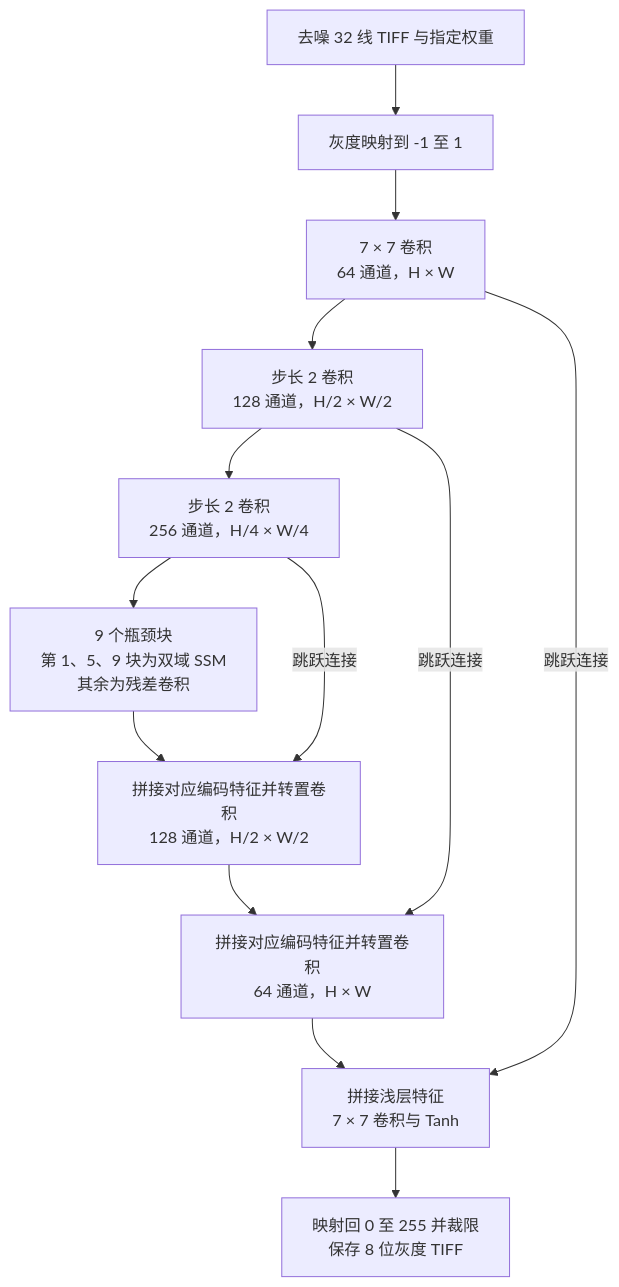
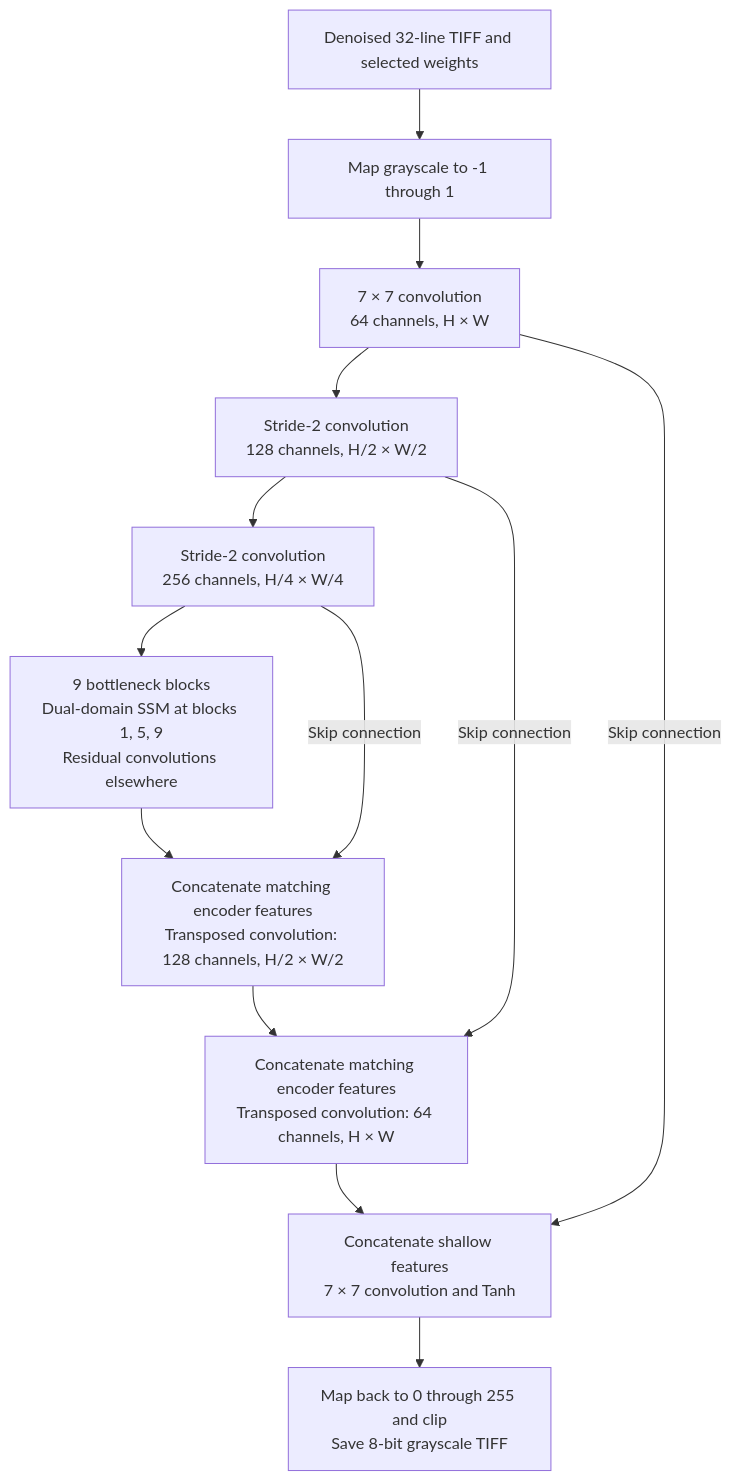
Before and after one commit to LumaVistaLab/hevc-ksvd-mamba-for-ultrasound: the sixth of 7 diagrams in README.md, drawn with Mermaid. The commit also changed other lines of this file and 3 other files, not shown here.

````diff
--- a/README.md
+++ b/README.md
@@ -501,15 +538,15 @@
 ```mermaid
 flowchart TD
-    Input["去噪 32 线 TIFF 与指定权重"] --> Normalize["灰度映射到 -1 至 1"]
-    Normalize --> E1["7 × 7 卷积<br/>64 通道，H × W"]
-    E1 --> E2["步长 2 卷积<br/>128 通道，H/2 × W/2"]
-    E2 --> E3["步长 2 卷积<br/>256 通道，H/4 × W/4"]
-    E3 --> Bottleneck["9 个瓶颈块<br/>第 1、5、9 块为双域 SSM<br/>其余为残差卷积"]
-    Bottleneck --> D1["拼接对应编码特征并转置卷积<br/>128 通道，H/2 × W/2"]
-    E3 -->|跳跃连接| D1
-    D1 --> D2["拼接对应编码特征并转置卷积<br/>64 通道，H × W"]
-    E2 -->|跳跃连接| D2
-    D2 --> Head["拼接浅层特征<br/>7 × 7 卷积与 Tanh"]
-    E1 -->|跳跃连接| Head
-    Head --> Save["映射回 0 至 255 并裁限<br/>保存 8 位灰度 TIFF"]
+    Input["Denoised 32-line TIFF and selected weights"] --> Normalize["Map grayscale to -1 through 1"]
+    Normalize --> E1["7 × 7 convolution<br/>64 channels, H × W"]
+    E1 --> E2["Stride-2 convolution<br/>128 channels, H/2 × W/2"]
+    E2 --> E3["Stride-2 convolution<br/>256 channels, H/4 × W/4"]
+    E3 --> Bottleneck["9 bottleneck blocks<br/>Dual-domain SSM at blocks 1, 5, 9<br/>Residual convolutions elsewhere"]
+    Bottleneck --> D1["Concatenate matching encoder features<br/>Transposed convolution: 128 channels, H/2 × W/2"]
+    E3 -->|Skip connection| D1
+    D1 --> D2["Concatenate matching encoder features<br/>Transposed convolution: 64 channels, H × W"]
+    E2 -->|Skip connection| D2
+    D2 --> Head["Concatenate shallow features<br/>7 × 7 convolution and Tanh"]
+    E1 -->|Skip connection| Head
+    Head --> Save["Map back to 0 through 255 and clip<br/>Save 8-bit grayscale TIFF"]
 ```
````
